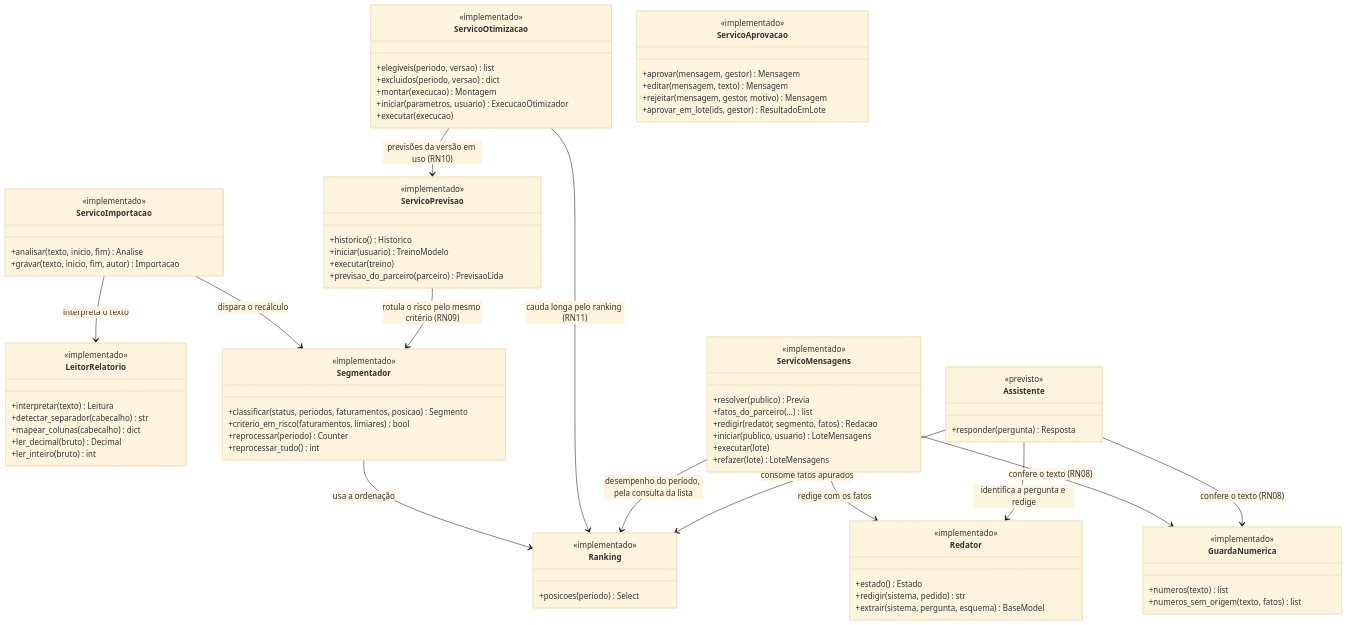
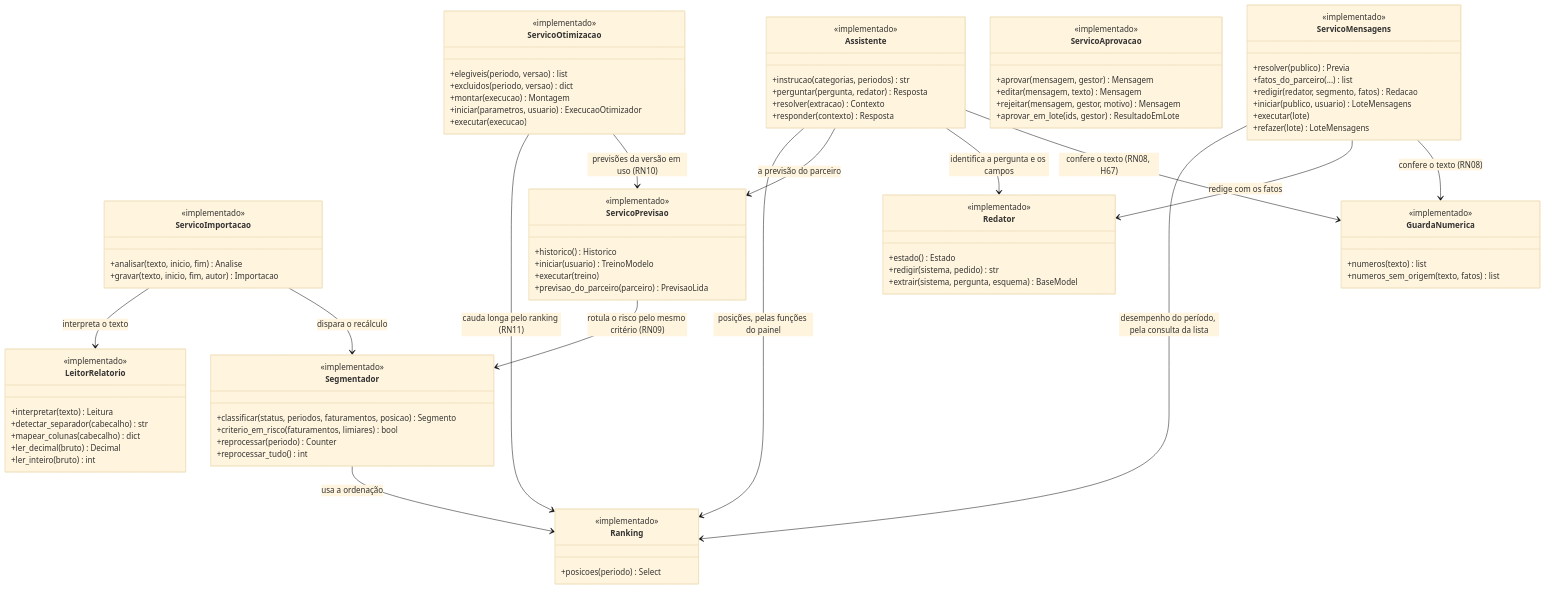
One commit to PedroMiranda243/gih-fabrica-de-software changed the sixth of 8 diagrams in docs/10-diagrama-de-classes.md. Above: the diagram before and after it, drawn with Mermaid (base theme). The commit also changed other lines of this file and 3 other files, not shown here.

First line of the commit message:
docs: o catálogo do assistente no UC12, na ADR-013 e no diagrama de classes

````diff
--- a/docs/10-diagrama-de-classes.md
+++ b/docs/10-diagrama-de-classes.md
@@ -558,8 +558,11 @@
     }
 
     class Assistente {
-        <<previsto>>
-        +responder(pergunta) Resposta
+        <<implementado>>
+        +instrucao(categorias, periodos) str
+        +perguntar(pergunta, redator) Resposta
+        +resolver(extracao) Contexto
+        +responder(contexto) Resposta
     }
 
     ServicoImportacao --> LeitorRelatorio : interpreta o texto
@@ -571,7 +574,8 @@
     ServicoMensagens --> Ranking : desempenho do período, pela consulta da lista
     ServicoMensagens --> Redator : redige com os fatos
     ServicoMensagens --> GuardaNumerica : confere o texto (RN08)
-    Assistente --> Ranking : consome fatos apurados
-    Assistente --> Redator : identifica a pergunta e redige
-    Assistente --> GuardaNumerica : confere o texto (RN08)
+    Assistente --> Ranking : posições, pelas funções do painel
+    Assistente --> ServicoPrevisao : a previsão do parceiro
+    Assistente --> Redator : identifica a pergunta e os campos
+    Assistente --> GuardaNumerica : confere o texto (RN08, H67)
 ```
````
